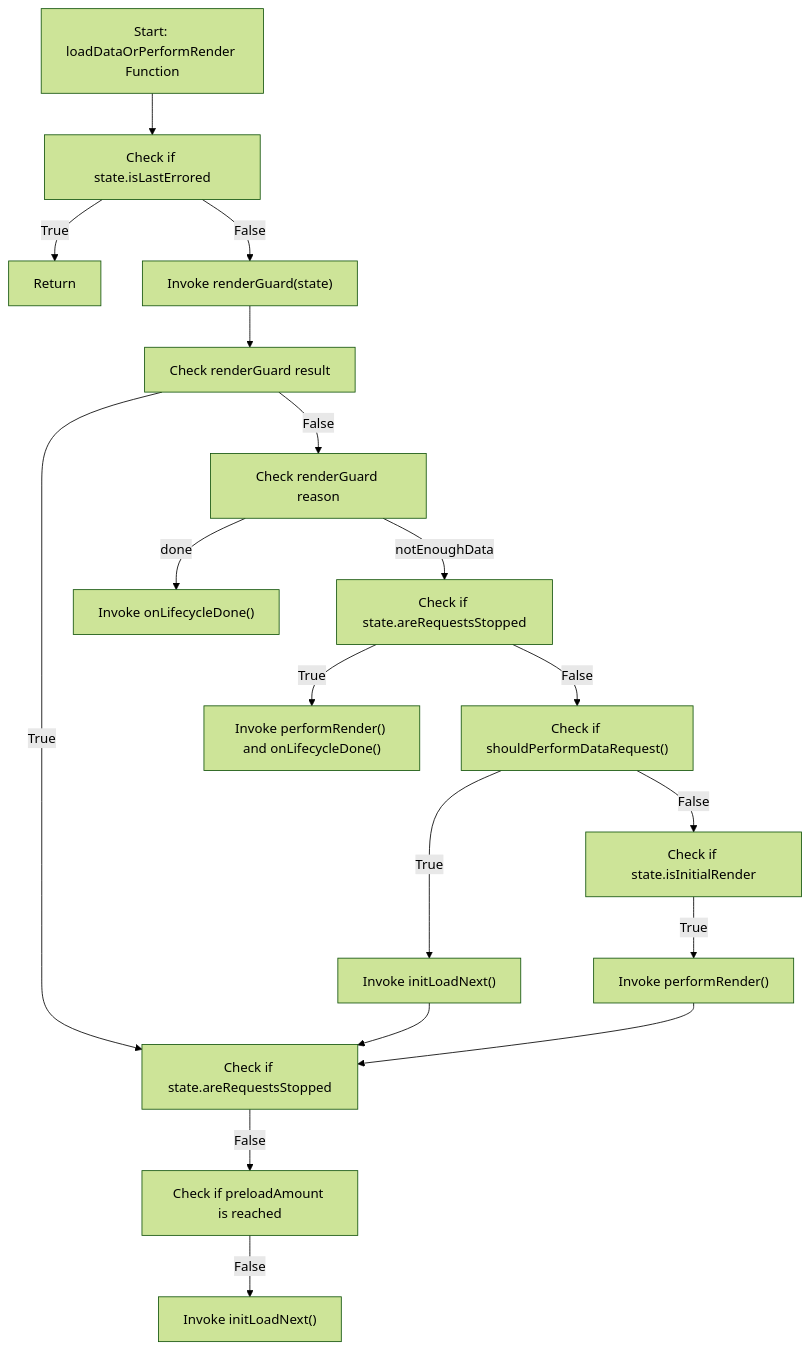
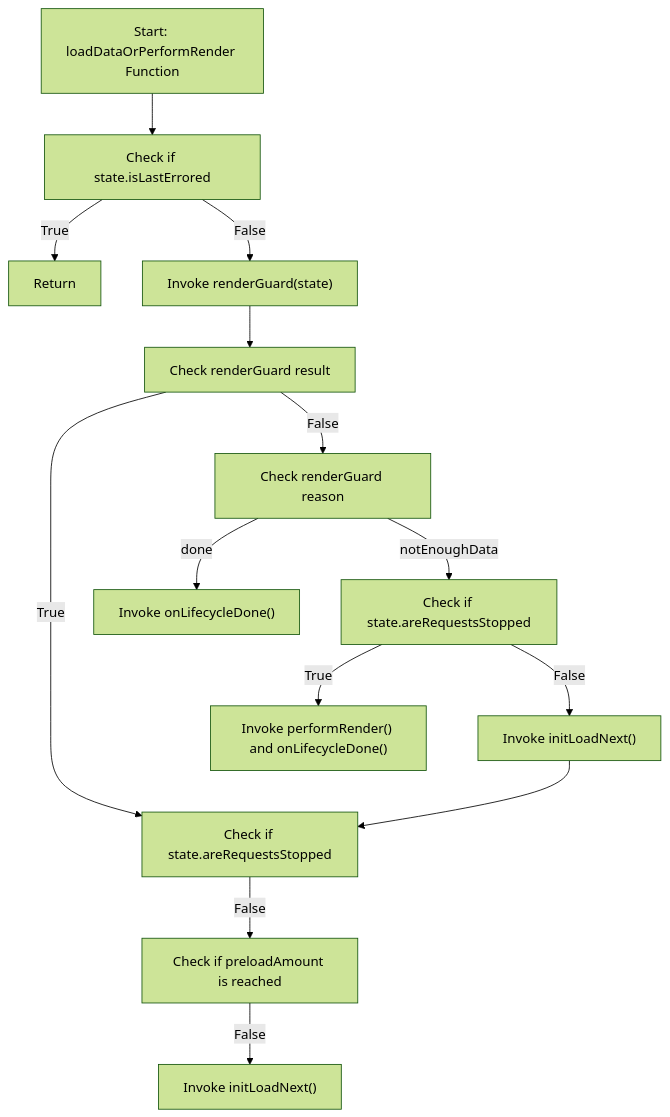
The second of 2 diagrams in src/base/b-virtual-scroll-new/README.md (V4Fire/Client), drawn with Mermaid (forest theme) before and after one commit. The commit also changed other lines of this file and 13 other files, not shown here.

Commit message:
Removed shouldPerformDataRequest in b-virtual-scroll-new

````diff
--- a/src/base/b-virtual-scroll-new/README.md
+++ b/src/base/b-virtual-scroll-new/README.md
@@ -768,20 +745,16 @@
 ```mermaid
 graph TB
     A["Start: loadDataOrPerformRender Function"] --> B["Check if state.isLastErrored"]
     B -- "True" --> C["Return"]
     B -- "False" --> D["Invoke renderGuard(state)"]
     D --> E["Check renderGuard result"]
     E -- "True" --> F["Invoke performRender()"]
     E -- "False" --> G["Check renderGuard reason"]
     G -- "done" --> H["Invoke onLifecycleDone()"]
     G -- "notEnoughData" --> I["Check if state.areRequestsStopped"]
     I -- "True" --> J["Invoke performRender() and onLifecycleDone()"]
-    I -- "False" --> K["Check if shouldPerformDataRequest()"]
-    K -- "True" --> L["Invoke initLoadNext()"]
-    K -- "False" --> M["Check if state.isInitialRender"]
-    M -- "True" --> N["Invoke performRender()"]
-    N --> F
+    I -- "False" --> L["Invoke initLoadNext()"]
     L -->  F["Check if state.areRequestsStopped"]
     F -- "False" --> Z["Check if preloadAmount is reached"]
     Z -- "False" --> X["Invoke initLoadNext()"]
 ```
````
